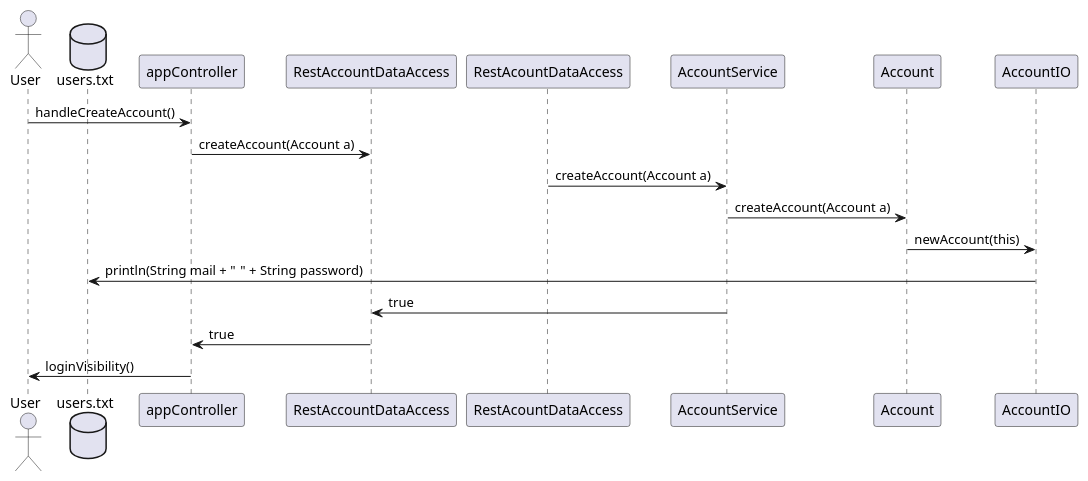
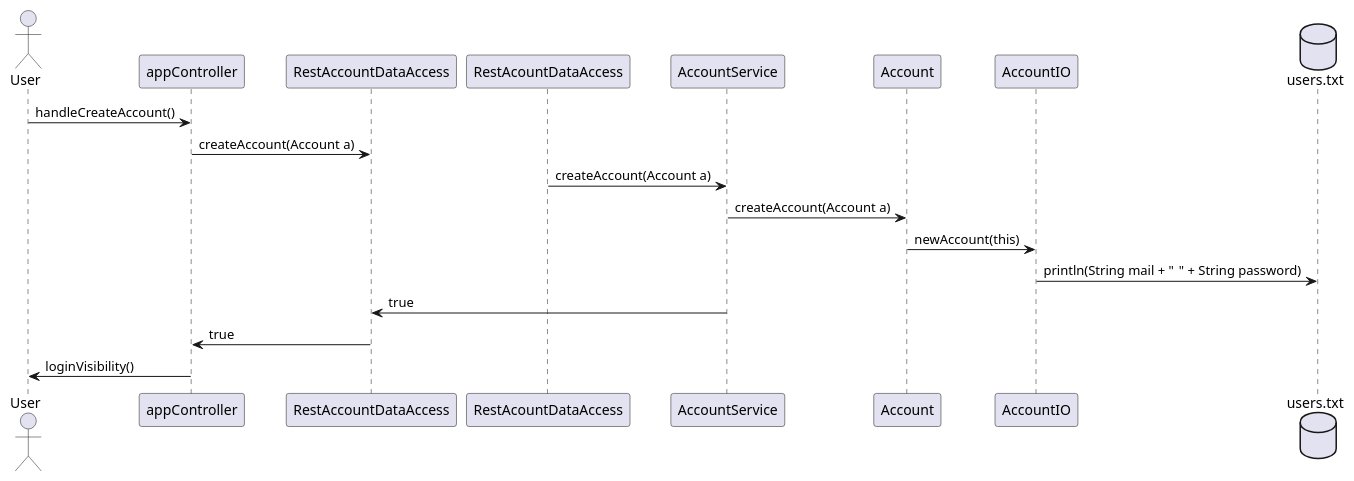
Before and after one commit to ErlendMariusOmmundsen/Messaging-App: the second of 2 diagrams in project/readme.md, drawn with PlantUML.

Commit message:
#35 fixing wrong placement of database icon

````diff
--- a/project/readme.md
+++ b/project/readme.md
@@ -159,18 +159,19 @@
 ```plantuml
 
 actor User
-database users.txt
+
 
 
 User -> appController: handleCreateAccount()
 appController -> RestAccountDataAccess: createAccount(Account a)
 RestAcountDataAccess -> AccountService: createAccount(Account a)
 AccountService -> Account: createAccount(Account a)
 Account -> AccountIO: newAccount(this)
+database users.txt
 AccountIO -> users.txt: println(String mail + "\t" + String password)
 AccountService -> RestAccountDataAccess: true
 RestAccountDataAccess -> appController: true
 appController -> User: loginVisibility()
 
 
 ```
````
